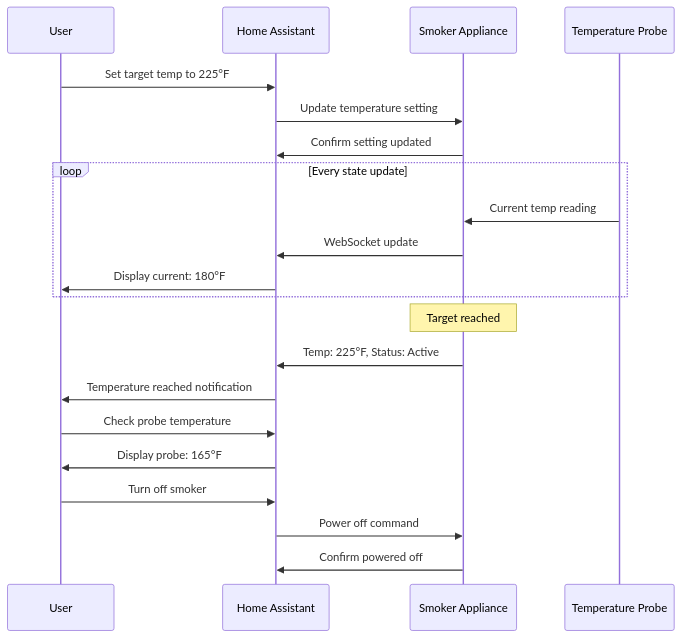
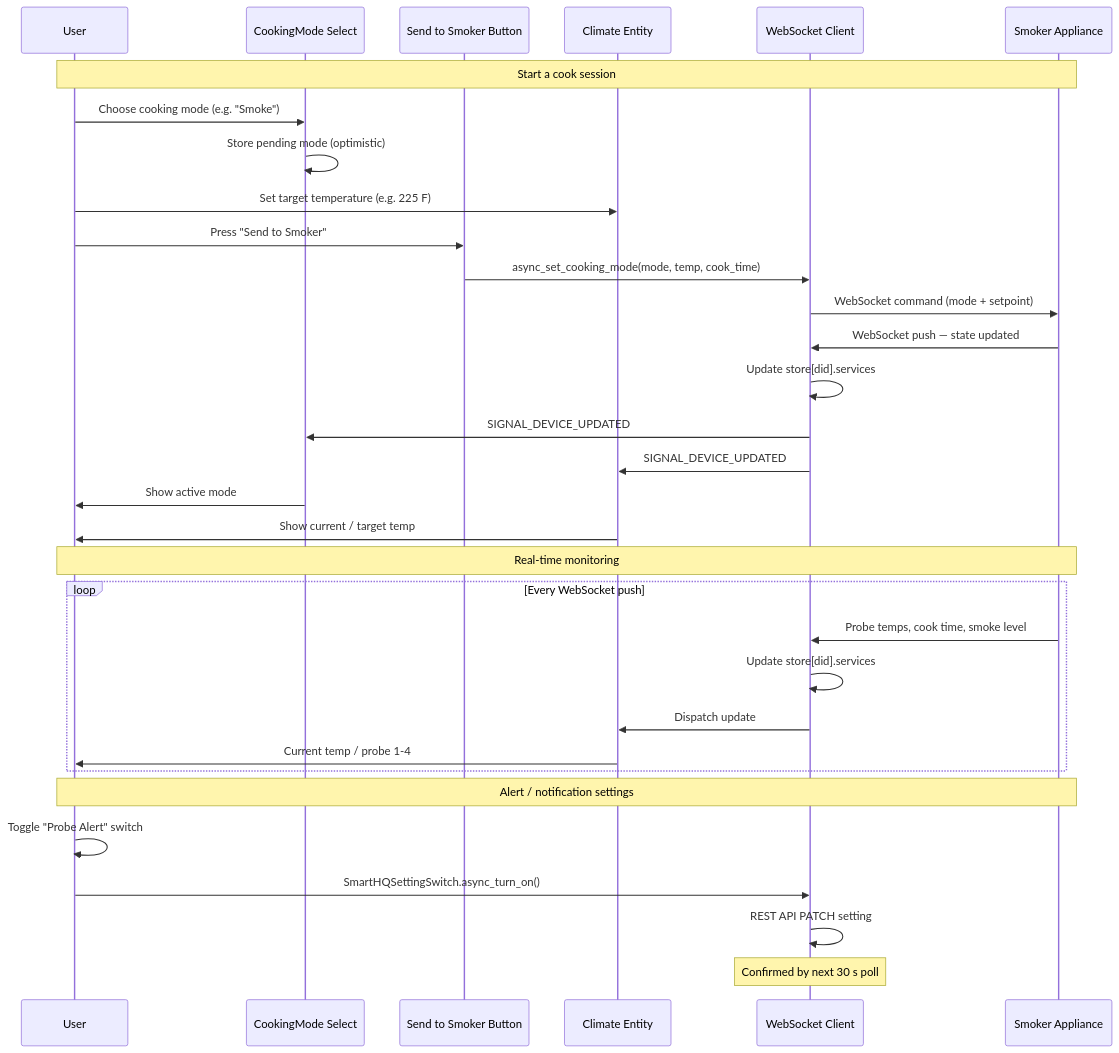
One commit to geappliances/geappliances-smarthq-integration changed the third of 8 diagrams in docs/SEQUENCE_DIAGRAMS.md. Above: the diagram before and after it, drawn with Mermaid. The commit also changed other lines of this file, not shown here.

First line of the commit message:
docs: update sequence diagrams for service-based architecture

````diff
--- a/docs/SEQUENCE_DIAGRAMS.md
+++ b/docs/SEQUENCE_DIAGRAMS.md
@@ -70,28 +78,37 @@
 ```mermaid
 sequenceDiagram
     participant User
-    participant HA as Home Assistant
-    participant Smoker as Smoker Appliance
-    participant Probe as Temperature Probe
+    participant Select as CookingMode Select
+    participant Button as Send to Smoker Button
+    participant Climate as Climate Entity
+    participant WS as WebSocket Client
+    participant Smoke as Smoker Appliance
 
-    User->>HA: Set target temp to 225°F
-    HA->>Smoker: Update temperature setting
-    Smoker->>HA: Confirm setting updated
-    
-    loop Every state update
-        Probe->>Smoker: Current temp reading
-        Smoker->>HA: WebSocket update
-        HA->>User: Display current: 180°F
+    Note over User,Smoke: Start a cook session
+    User->>Select: Choose cooking mode (e.g. "Smoke")
+    Select->>Select: Store pending mode (optimistic)
+    User->>Climate: Set target temperature (e.g. 225 F)
+    User->>Button: Press "Send to Smoker"
+    Button->>WS: async_set_cooking_mode(mode, temp, cook_time)
+    WS->>Smoke: WebSocket command (mode + setpoint)
+    Smoke->>WS: WebSocket push — state updated
+    WS->>WS: Update store[did].services
+    WS->>Select: SIGNAL_DEVICE_UPDATED
+    WS->>Climate: SIGNAL_DEVICE_UPDATED
+    Select->>User: Show active mode
+    Climate->>User: Show current / target temp
+
+    Note over User,Smoke: Real-time monitoring
+    loop Every WebSocket push
+        Smoke->>WS: Probe temps, cook time, smoke level
+        WS->>WS: Update store[did].services
+        WS->>Climate: Dispatch update
+        Climate->>User: Current temp / probe 1-4
     end
-    
-    Note over Smoker: Target reached
-    Smoker->>HA: Temp: 225°F, Status: Active
-    HA->>User: Temperature reached notification
-    
-    User->>HA: Check probe temperature
-    HA->>User: Display probe: 165°F
-    
-    User->>HA: Turn off smoker
-    HA->>Smoker: Power off command
-    Smoker->>HA: Confirm powered off
+
+    Note over User,Smoke: Alert / notification settings
+    User->>User: Toggle "Probe Alert" switch
+    User->>WS: SmartHQSettingSwitch.async_turn_on()
+    WS->>WS: REST API PATCH setting
+    Note over WS: Confirmed by next 30 s poll
 ```
````
